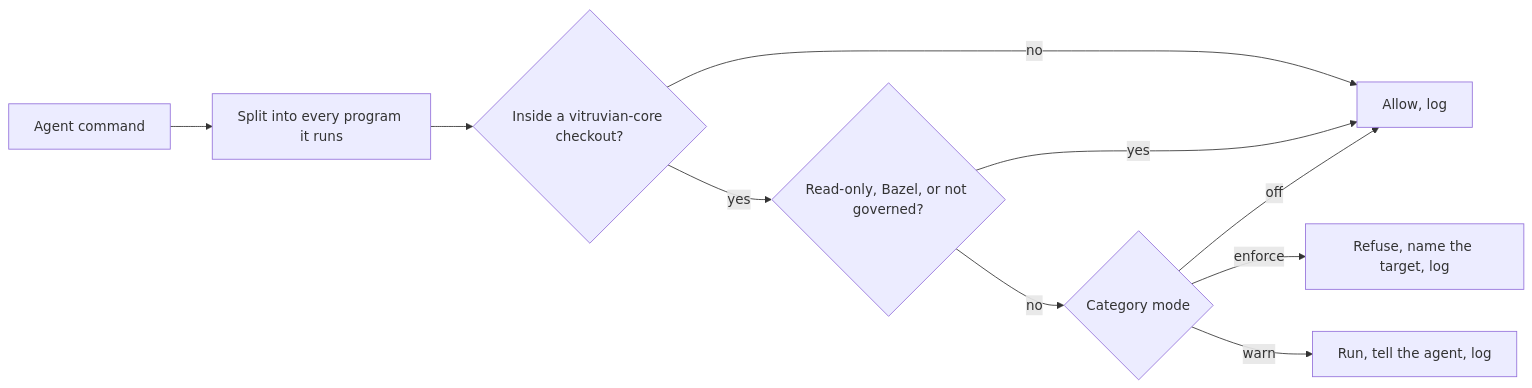
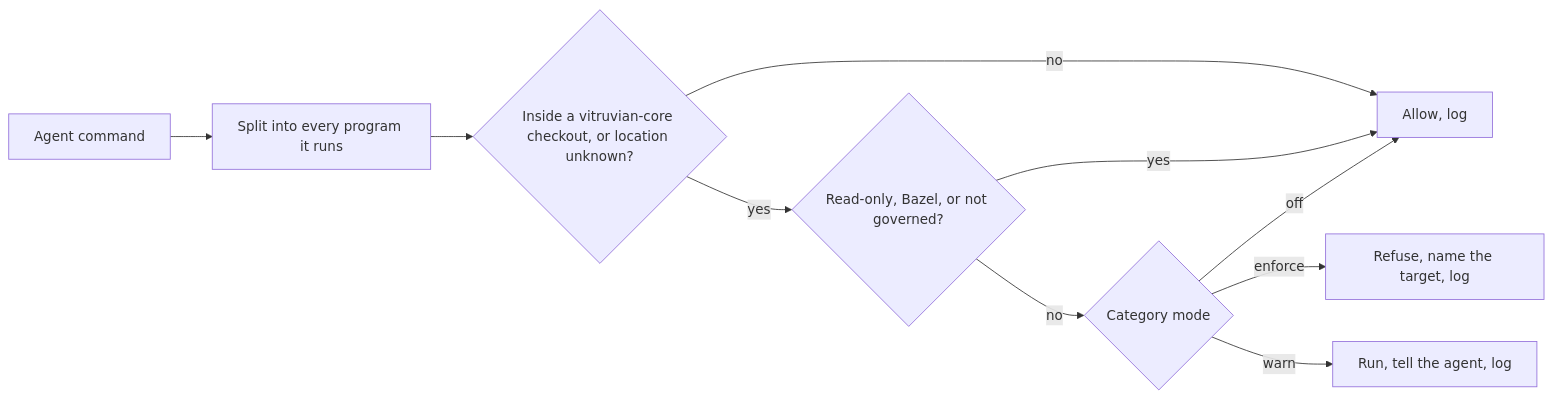
One commit to VitruvianSoftware/vitruvian-core changed the diagram in tools/agent-guard/README.md. Above: the diagram before and after it, drawn with Mermaid. The commit also changed other lines of this file and 6 other files, not shown here.

````diff
--- a/tools/agent-guard/README.md
+++ b/tools/agent-guard/README.md
@@ -17,12 +18,12 @@
 ```mermaid
 flowchart LR
   A[Agent command] --> P[Split into every program it runs]
-  P --> S{Inside a vitruvian-core checkout?}
+  P --> S{"Inside a vitruvian-core checkout, or location unknown?"}
   S -- no --> OK[Allow, log]
   S -- yes --> C{Read-only, Bazel, or not governed?}
   C -- yes --> OK
   C -- no --> M{Category mode}
   M -- enforce --> X[Refuse, name the target, log]
   M -- warn --> W[Run, tell the agent, log]
   M -- off --> OK
 ```
````
